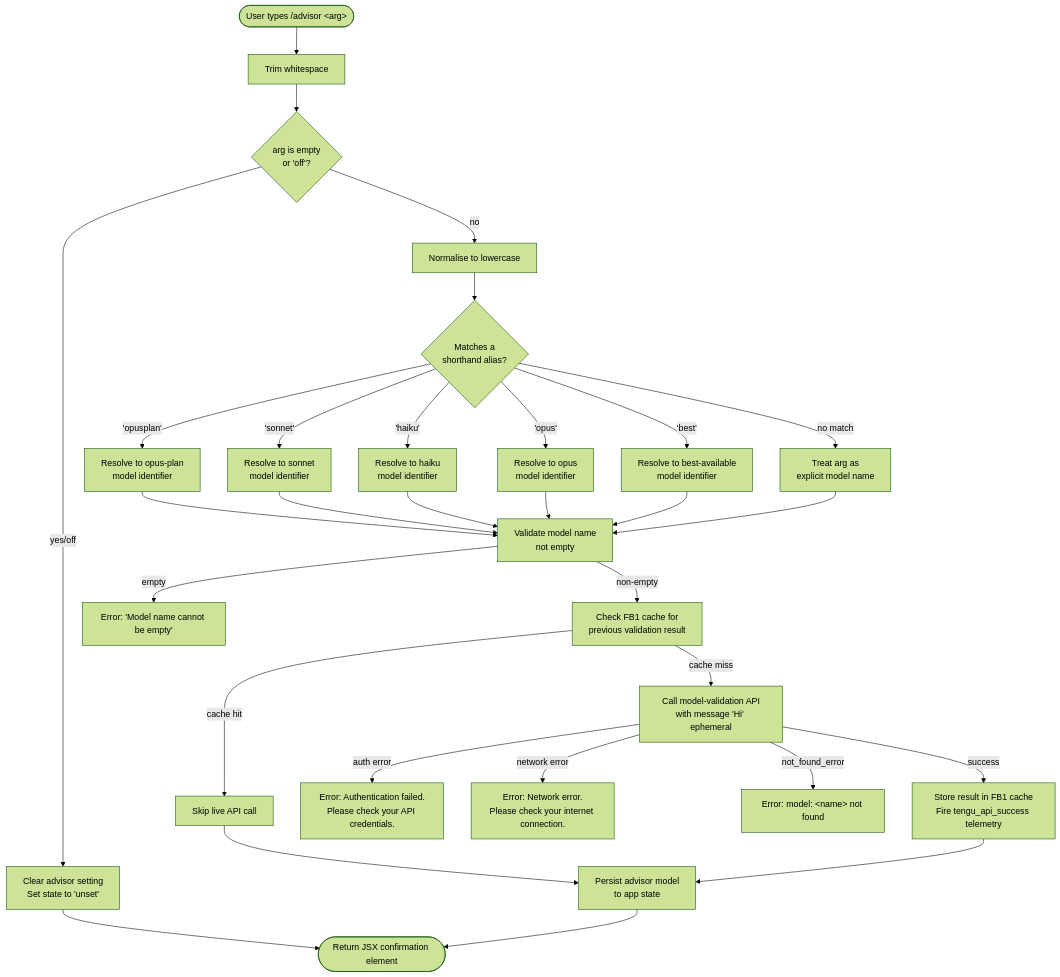
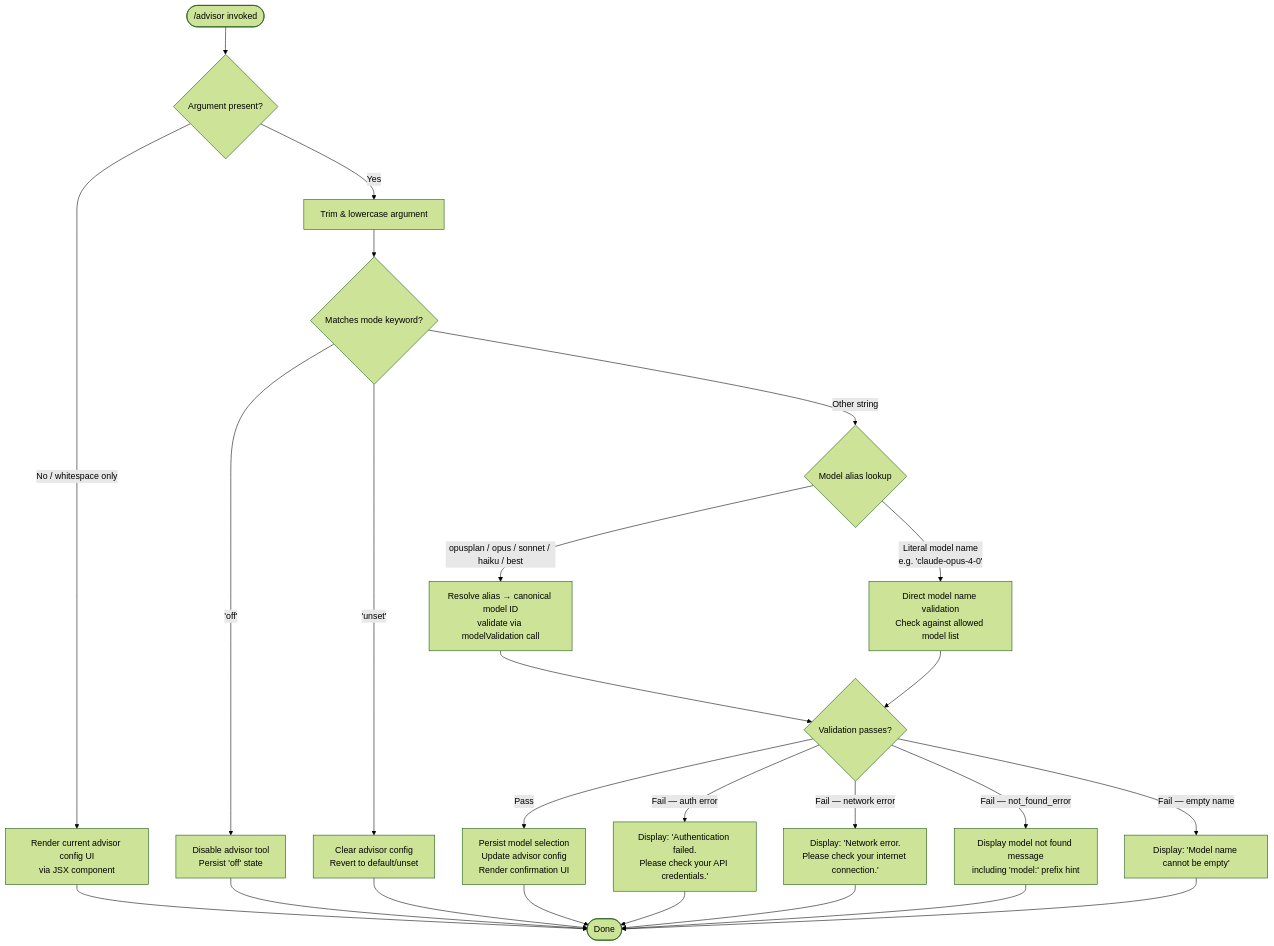
One commit to MyLittleLuckyDog/cc-gnothi changed the diagram in versions/v2.1.154/advisor.md. Above: the diagram before and after it, drawn with Mermaid (forest theme). The commit also changed other lines of this file and 593 other files, not shown here.

````diff
--- a/versions/v2.1.154/advisor.md
+++ b/versions/v2.1.154/advisor.md
@@ -47,25 +56,27 @@
 ```mermaid
 flowchart TD
-    A([User types /advisor &lt;arg&gt;]) --> B[Trim whitespace]
-    B --> C{arg is empty\nor 'off'?}
-    C -- yes/off --> D[Clear advisor setting\nSet state to 'unset']
-    C -- no --> E[Normalise to lowercase]
-    E --> F{Matches a\nshorthand alias?}
-    F -- 'opusplan' --> G[Resolve to opus-plan\nmodel identifier]
-    F -- 'sonnet' --> H[Resolve to sonnet\nmodel identifier]
-    F -- 'haiku' --> I[Resolve to haiku\nmodel identifier]
-    F -- 'opus' --> J[Resolve to opus\nmodel identifier]
-    F -- 'best' --> K[Resolve to best-available\nmodel identifier]
-    F -- no match --> L[Treat arg as\nexplicit model name]
-    G & H & I & J & K & L --> M[Validate model name\nnot empty]
-    M -- empty --> N[Error: 'Model name cannot be empty']
-    M -- non-empty --> O[Check FB1 cache for\nprevious validation result]
-    O -- cache hit --> P[Skip live API call]
-    O -- cache miss --> Q[Call model-validation API\nwith message 'Hi' ephemeral]
-    Q -- auth error --> R[Error: Authentication failed.\nPlease check your API credentials.]
-    Q -- network error --> S[Error: Network error.\nPlease check your internet connection.]
-    Q -- not_found_error --> T[Error: model: &lt;name&gt; not found]
-    Q -- success --> U[Store result in FB1 cache\nFire tengu_api_success telemetry]
-    P & U --> V[Persist advisor model\nto app state]
-    D & V --> W([Return JSX confirmation element])
+    A(["/advisor invoked"]) --> B{Argument present?}
+    B -- "No / whitespace only" --> C[Render current advisor config UI\nvia JSX component]
+    B -- "Yes" --> D[Trim & lowercase argument]
+    D --> E{Matches mode keyword?}
+    E -- "'off'" --> F[Disable advisor tool\nPersist 'off' state]
+    E -- "'unset'" --> G[Clear advisor config\nRevert to default/unset]
+    E -- "Other string" --> H{Model alias lookup}
+    H -- "opusplan / opus / sonnet / haiku / best" --> I[Resolve alias → canonical model ID\nvalidate via modelValidation call]
+    H -- "Literal model name\ne.g. 'claude-opus-4-0'" --> J[Direct model name validation\nCheck against allowed model list]
+    I --> K{Validation passes?}
+    J --> K
+    K -- "Pass" --> L[Persist model selection\nUpdate advisor config\nRender confirmation UI]
+    K -- "Fail — auth error" --> M[Display: 'Authentication failed.\nPlease check your API credentials.']
+    K -- "Fail — network error" --> N[Display: 'Network error.\nPlease check your internet connection.']
+    K -- "Fail — not_found_error" --> O[Display model not found message\nincluding 'model:' prefix hint]
+    K -- "Fail — empty name" --> P[Display: 'Model name cannot be empty']
+    L --> Q([Done])
+    C --> Q
+    F --> Q
+    G --> Q
+    M --> Q
+    N --> Q
+    O --> Q
+    P --> Q
 ```
````
